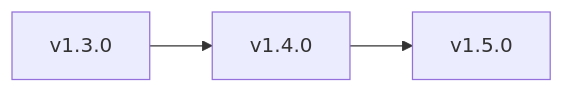
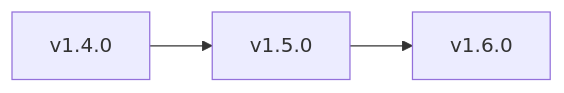
The diagram in docs/en/35-public-roadmap.md (juanklagos/spec-driven-development-template), drawn with Mermaid before and after one commit. The commit also changed other lines of this file and 10 other files, not shown here.

````diff
--- a/docs/en/35-public-roadmap.md
+++ b/docs/en/35-public-roadmap.md
@@ -9,5 +9,5 @@
 ```mermaid
 flowchart LR
-  A["v1.3.0"] --> B["v1.4.0"]
-  B --> C["v1.5.0"]
+  A["v1.4.0"] --> B["v1.5.0"]
+  B --> C["v1.6.0"]
 ```
````
